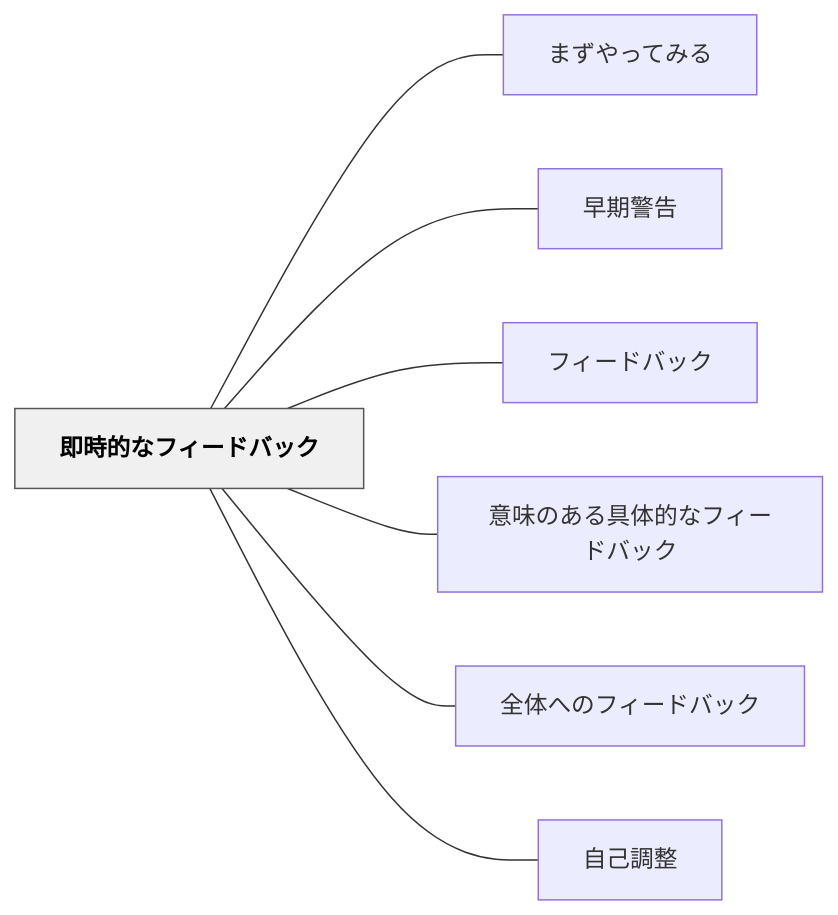
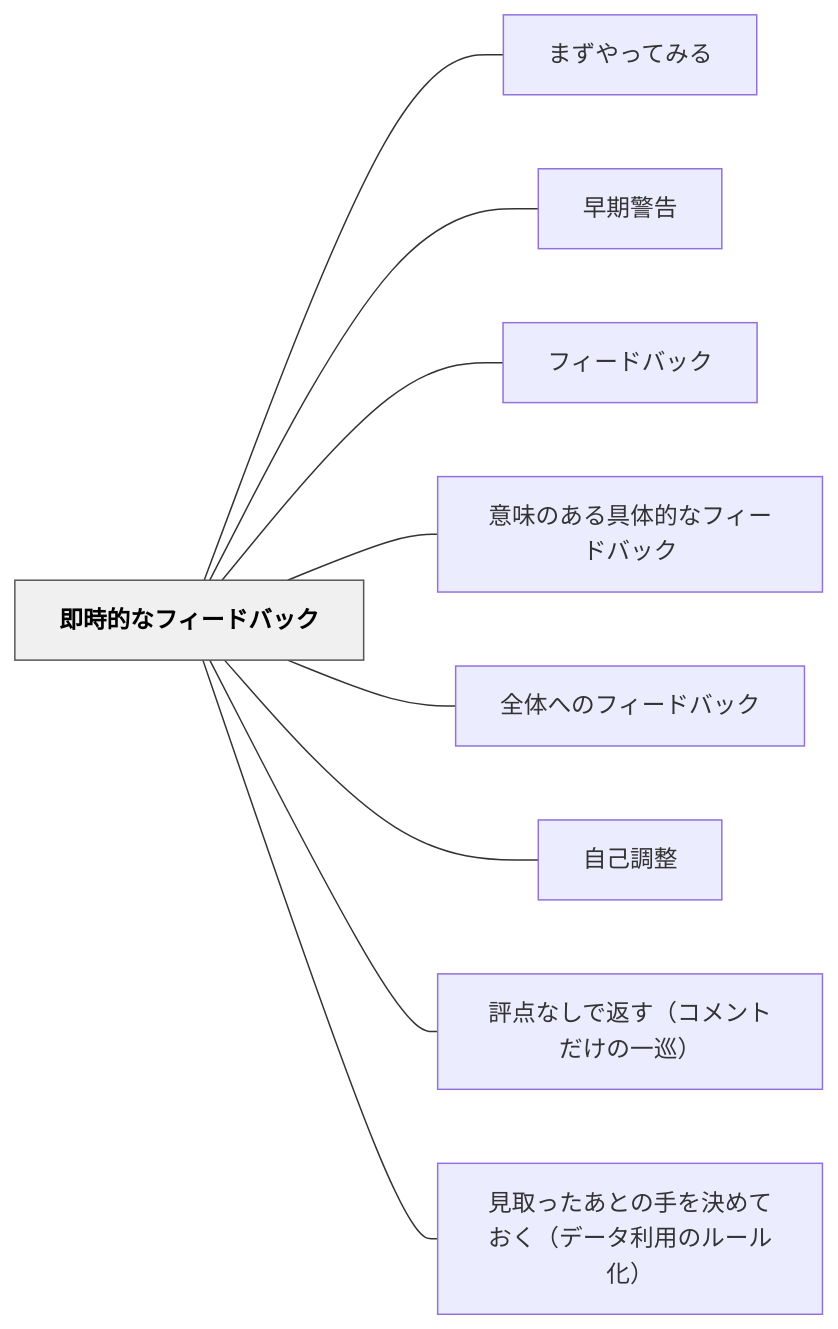
The diagram in content/パタン/即時的なフィードバック.md (unknownthings-ed-patterns/unknownthings-ed-patterns), drawn with Mermaid before and after one commit. The commit also changed other lines of this file and 26 other files, not shown here.

````diff
--- a/content/パタン/即時的なフィードバック.md
+++ b/content/パタン/即時的なフィードバック.md
@@ -54,20 +56,24 @@
 ```mermaid
 flowchart LR
     ne58db3e69982e79a84e381aae38395e382a3e383bce38389e38390e38383e382af["即時的なフィードバック"]
     ne381bee3819ae38284e381a3e381a6e381bfe3828b["まずやってみる"]
     ne697a9e69c9fe8ada6e5918a["早期警告"]
     ne38395e382a3e383bce38389e38390e38383e382af["フィードバック"]
     ne6848fe591b3e381aee38182e3828be585b7e4bd93e79a84e381aae38395e382a3e383bce38389e38390e38383e382af["意味のある具体的なフィードバック"]
     ne585a8e4bd93e381b8e381aee38395e382a3e383bce38389e38390e38383e382af["全体へのフィードバック"]
     ne887aae5b7b1e8aabfe695b4["自己調整"]
+    ne8a995e782b9e381aae38197e381a7e8bf94e38199efbc88e382b3e383a1e383b3e38388e381a0e38191e381aee4b880e5b7a1efbc89["評点なしで返す（コメントだけの一巡）"]
+    ne8a68be58f96e381a3e3819fe38182e381a8e381aee6898be38292e6b1bae38281e381a6e3818ae3818fefbc88e38387e383bce382bfe588a9e794a8e381aee383abe383bce383abe58c96efbc89["見取ったあとの手を決めておく（データ利用のルール化）"]
 
     ne58db3e69982e79a84e381aae38395e382a3e383bce38389e38390e38383e382af --- ne381bee3819ae38284e381a3e381a6e381bfe3828b
     ne58db3e69982e79a84e381aae38395e382a3e383bce38389e38390e38383e382af --- ne697a9e69c9fe8ada6e5918a
     ne58db3e69982e79a84e381aae38395e382a3e383bce38389e38390e38383e382af --- ne38395e382a3e383bce38389e38390e38383e382af
     ne58db3e69982e79a84e381aae38395e382a3e383bce38389e38390e38383e382af --- ne6848fe591b3e381aee38182e3828be585b7e4bd93e79a84e381aae38395e382a3e383bce38389e38390e38383e382af
     ne58db3e69982e79a84e381aae38395e382a3e383bce38389e38390e38383e382af --- ne585a8e4bd93e381b8e381aee38395e382a3e383bce38389e38390e38383e382af
     ne58db3e69982e79a84e381aae38395e382a3e383bce38389e38390e38383e382af --- ne887aae5b7b1e8aabfe695b4
+    ne58db3e69982e79a84e381aae38395e382a3e383bce38389e38390e38383e382af --- ne8a995e782b9e381aae38197e381a7e8bf94e38199efbc88e382b3e383a1e383b3e38388e381a0e38191e381aee4b880e5b7a1efbc89
+    ne58db3e69982e79a84e381aae38395e382a3e383bce38389e38390e38383e382af --- ne8a68be58f96e381a3e3819fe38182e381a8e381aee6898be38292e6b1bae38281e381a6e3818ae3818fefbc88e38387e383bce382bfe588a9e794a8e381aee383abe383bce383abe58c96efbc89
 
     classDef hub fill:#f0f0f0,stroke:#555,color:#000,font-weight:bold
     class ne58db3e69982e79a84e381aae38395e382a3e383bce38389e38390e38383e382af hub
 ```
````
